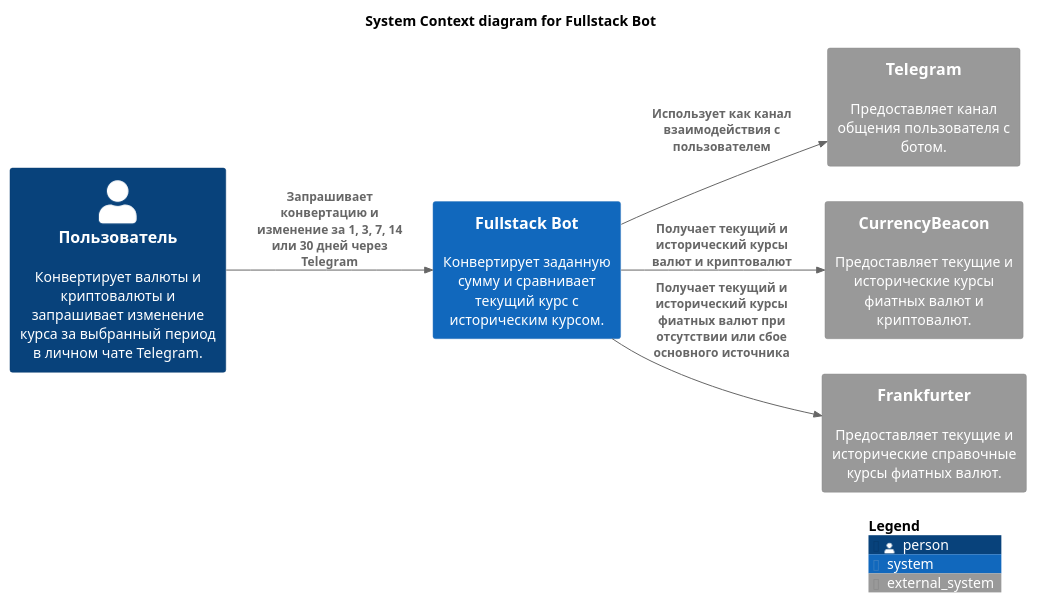
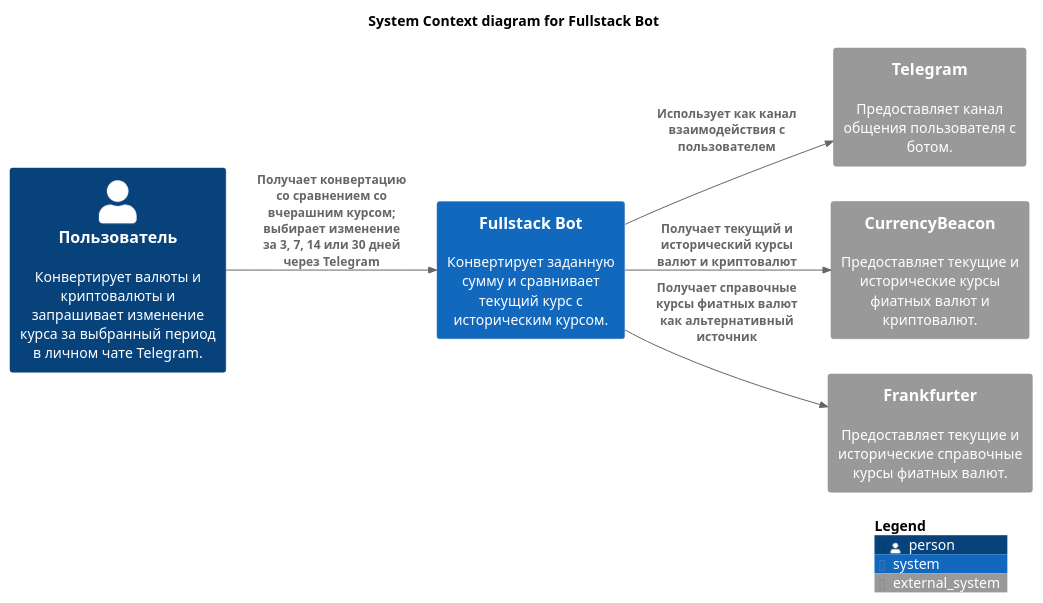
Before and after one commit to yarek-dev/FastestCurrency: the diagram in docs/architecture/c4-context.puml, drawn with PlantUML. The commit also changed 3 other files, not shown here.

```diff
--- a/docs/architecture/c4-context.puml
+++ b/docs/architecture/c4-context.puml
@@ -1,22 +1,22 @@
 @startuml Fullstack Bot - System Context
 !include <C4/C4_Context>
 
 title System Context diagram for Fullstack Bot
 
 LAYOUT_LEFT_RIGHT()
 
 Person(user, "Пользователь", "Конвертирует валюты и криптовалюты и запрашивает изменение курса за выбранный период в личном чате Telegram.")
 
 System(fullstack_bot, "Fullstack Bot", "Конвертирует заданную сумму и сравнивает текущий курс с историческим курсом.")
 
 System_Ext(telegram, "Telegram", "Предоставляет канал общения пользователя с ботом.")
 System_Ext(currency_beacon, "CurrencyBeacon", "Предоставляет текущие и исторические курсы фиатных валют и криптовалют.")
 System_Ext(frankfurter, "Frankfurter", "Предоставляет текущие и исторические справочные курсы фиатных валют.")
 
-Rel(user, fullstack_bot, "Запрашивает конвертацию и изменение за 1, 3, 7, 14 или 30 дней через Telegram")
+Rel(user, fullstack_bot, "Получает конвертацию со сравнением со вчерашним курсом; выбирает изменение за 3, 7, 14 или 30 дней через Telegram")
 Rel(fullstack_bot, telegram, "Использует как канал взаимодействия с пользователем")
 Rel(fullstack_bot, currency_beacon, "Получает текущий и исторический курсы валют и криптовалют")
-Rel(fullstack_bot, frankfurter, "Получает текущий и исторический курсы фиатных валют при отсутствии или сбое основного источника")
+Rel(fullstack_bot, frankfurter, "Получает справочные курсы фиатных валют как альтернативный источник")
 
 SHOW_LEGEND()
 @enduml
```
